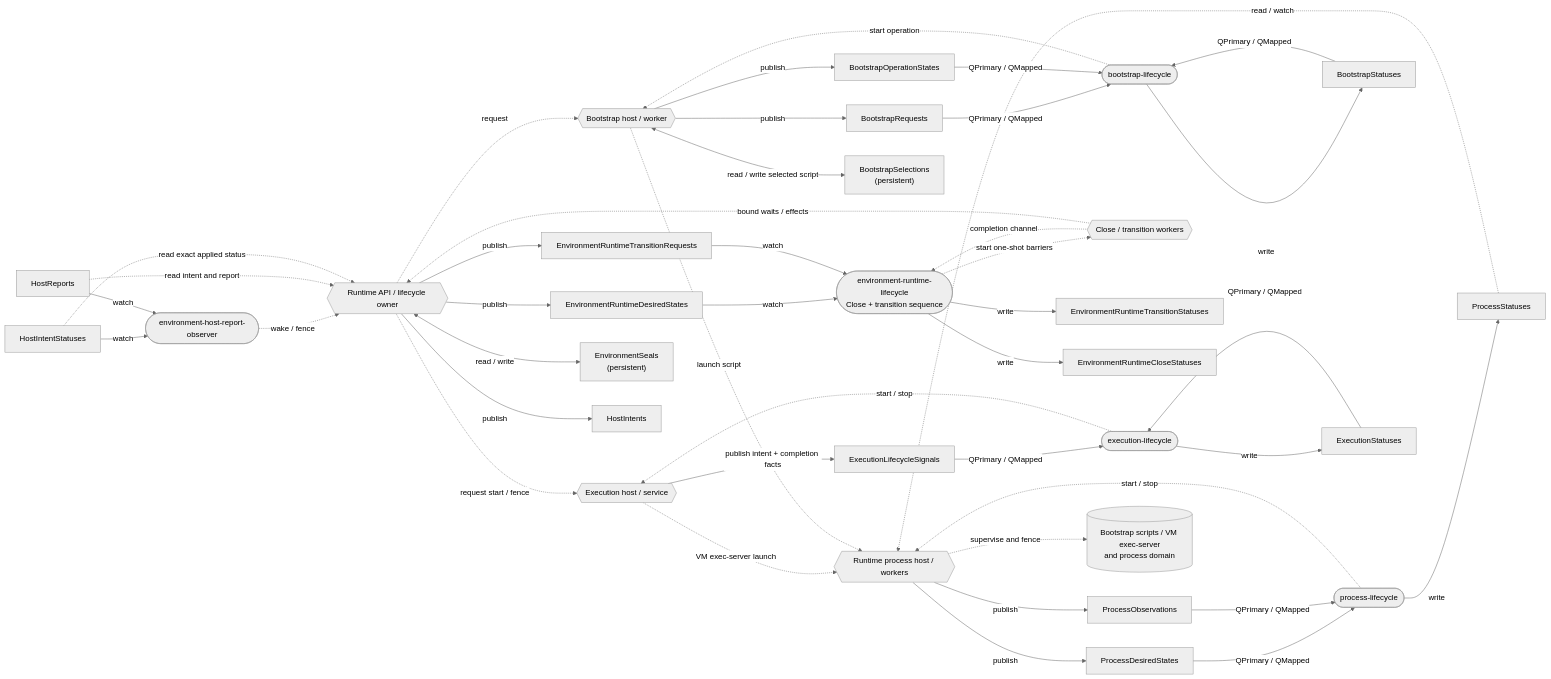
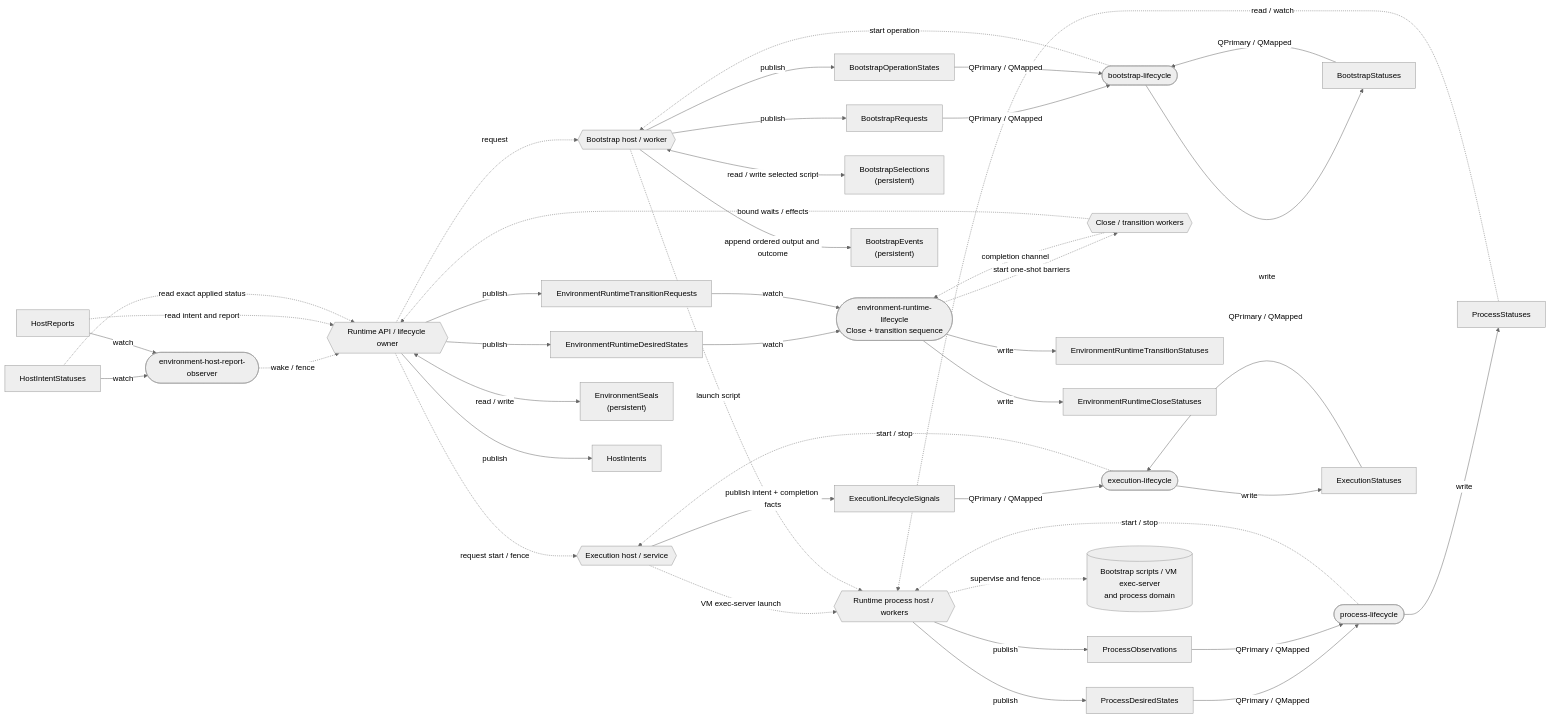
The first of 7 diagrams in agentplane/env/runtime/docs/cosi.md (agentydragon/ducktape), drawn with Mermaid (neutral theme) before and after one commit. The commit also changed other lines of this file and 16 other files, not shown here.

Commit message:
Persist bootstrap events in COSI

````diff
--- a/agentplane/env/runtime/docs/cosi.md
+++ b/agentplane/env/runtime/docs/cosi.md
@@ -19,62 +19,64 @@
 ```mermaid
 flowchart LR
   API{{"Runtime API / lifecycle owner"}}
   BH{{"Bootstrap host / worker"}}
   PH{{"Runtime process host / workers"}}
   RC(["environment-runtime-lifecycle<br/>Close + transition sequence"])
   HO(["environment-host-report-observer"])
   BC(["bootstrap-lifecycle"])
   PC(["process-lifecycle"])
   EC(["execution-lifecycle"])
   EH{{"Execution host / service"}}
   CW{{"Close / transition workers"}}
   ED["EnvironmentRuntimeDesiredStates"]
   TR["EnvironmentRuntimeTransitionRequests"]
   TS["EnvironmentRuntimeTransitionStatuses"]
   CL["EnvironmentRuntimeCloseStatuses"]
   Seal["EnvironmentSeals<br/>(persistent)"]
   I["HostIntents"]
   IS["HostIntentStatuses"]
   R["HostReports"]
   BI["BootstrapRequests"]
   BS["BootstrapSelections<br/>(persistent)"]
   BO["BootstrapOperationStates"]
   BR["BootstrapStatuses"]
+  BE["BootstrapEvents<br/>(persistent)"]
   PD["ProcessDesiredStates"]
   PI["ProcessObservations"]
   PS["ProcessStatuses"]
   EI["ExecutionLifecycleSignals"]
   ER["ExecutionStatuses"]
   Native[("Bootstrap scripts / VM exec-server<br/>and process domain")]
 
   API -->|publish| ED & TR & I
   API <-->|read / write| Seal
   ED & TR -->|watch| RC
   RC -->|write| CL & TS
   RC -.->|start one-shot barriers| CW
   CW -.->|completion channel| RC
   CW -.->|bound waits / effects| API
   API -.->|request start / fence| EH
   EH -->|publish intent + completion facts| EI
   EI & ER -->|QPrimary / QMapped| EC
   EC -->|write| ER
   EC -.->|start / stop| EH
   EH -.->|VM exec-server launch| PH
   IS & R -->|watch| HO
   HO -.->|wake / fence| API
   R -.->|read intent and report| API
   IS -.->|read exact applied status| API
   API -.->|request| BH
   BH <-->|read / write selected script| BS
   BH -->|publish| BI & BO
+  BH -->|append ordered output and outcome| BE
   BI & BO & BR -->|QPrimary / QMapped| BC
   BC -->|write| BR
   BC -.->|start operation| BH
   BH -.->|launch script| PH
   PH -->|publish| PD & PI
   PD & PI -->|QPrimary / QMapped| PC
   PC -->|write| PS
   PC -.->|start / stop| PH
   PH -.->|supervise and fence| Native
   PS -.->|read / watch| PH
 ```
````
